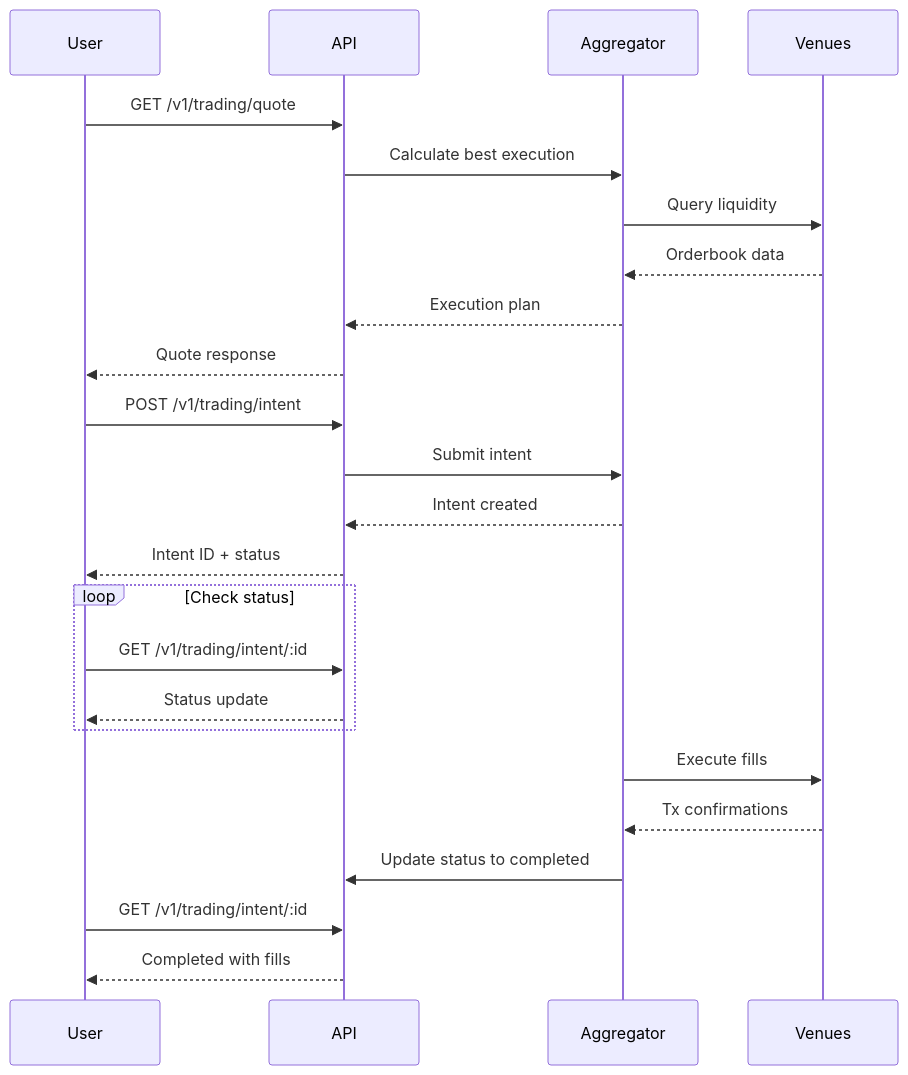
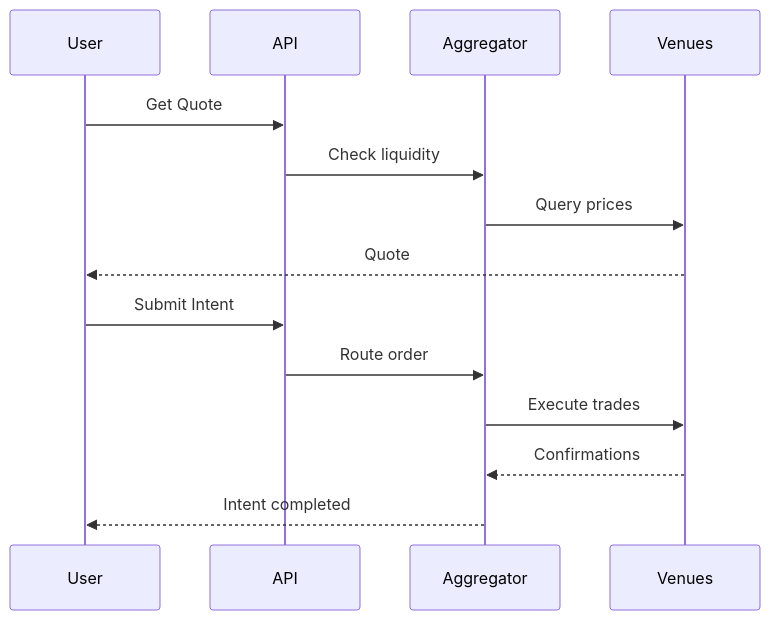
The diagram in api-reference/trading.mdx (predifi-admin/docs), drawn with Mermaid before and after one commit. The commit also changed other lines of this file and 9 other files, not shown here.

````diff
--- a/api-reference/trading.mdx
+++ b/api-reference/trading.mdx
@@ -614,31 +371,18 @@
 ```mermaid
 sequenceDiagram
     participant User
     participant API
     participant Aggregator
     participant Venues
-
-    User->>API: GET /v1/trading/quote
-    API->>Aggregator: Calculate best execution
-    Aggregator->>Venues: Query liquidity
-    Venues-->>Aggregator: Orderbook data
-    Aggregator-->>API: Execution plan
-    API-->>User: Quote response
-
-    User->>API: POST /v1/trading/intent
-    API->>Aggregator: Submit intent
-    Aggregator-->>API: Intent created
-    API-->>User: Intent ID + status
-
-    loop Check status
-        User->>API: GET /v1/trading/intent/:id
-        API-->>User: Status update
-    end
-
-    Aggregator->>Venues: Execute fills
-    Venues-->>Aggregator: Tx confirmations
-    Aggregator->>API: Update status to completed
     
-    User->>API: GET /v1/trading/intent/:id
-    API-->>User: Completed with fills
+    User->>API: Get Quote
+    API->>Aggregator: Check liquidity
+    Aggregator->>Venues: Query prices
+    Venues-->>User: Quote
+    
+    User->>API: Submit Intent
+    API->>Aggregator: Route order
+    Aggregator->>Venues: Execute trades
+    Venues-->>Aggregator: Confirmations
+    Aggregator-->>User: Intent completed
 ```
````
